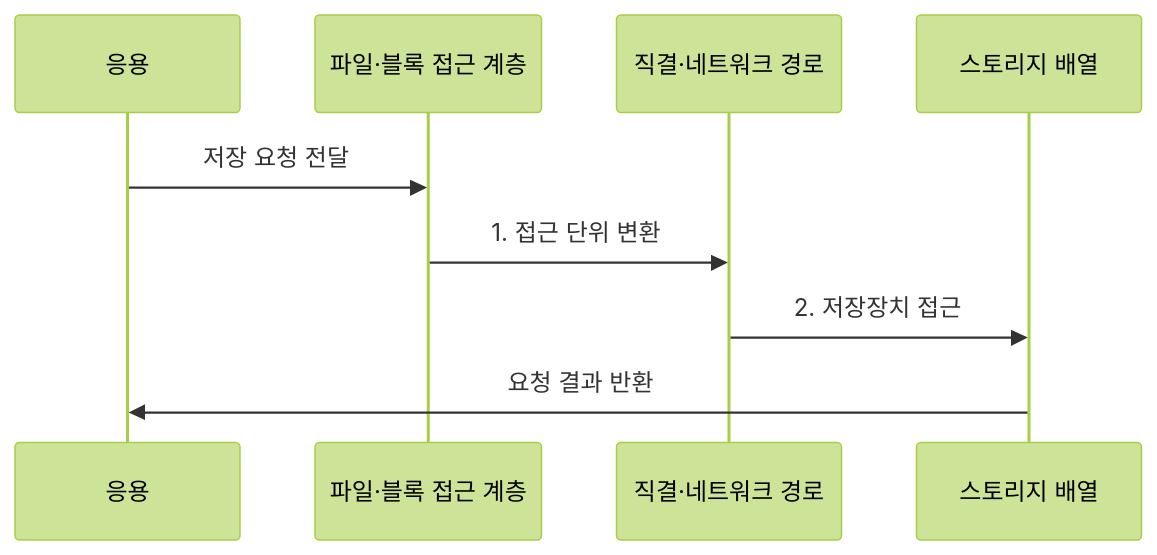
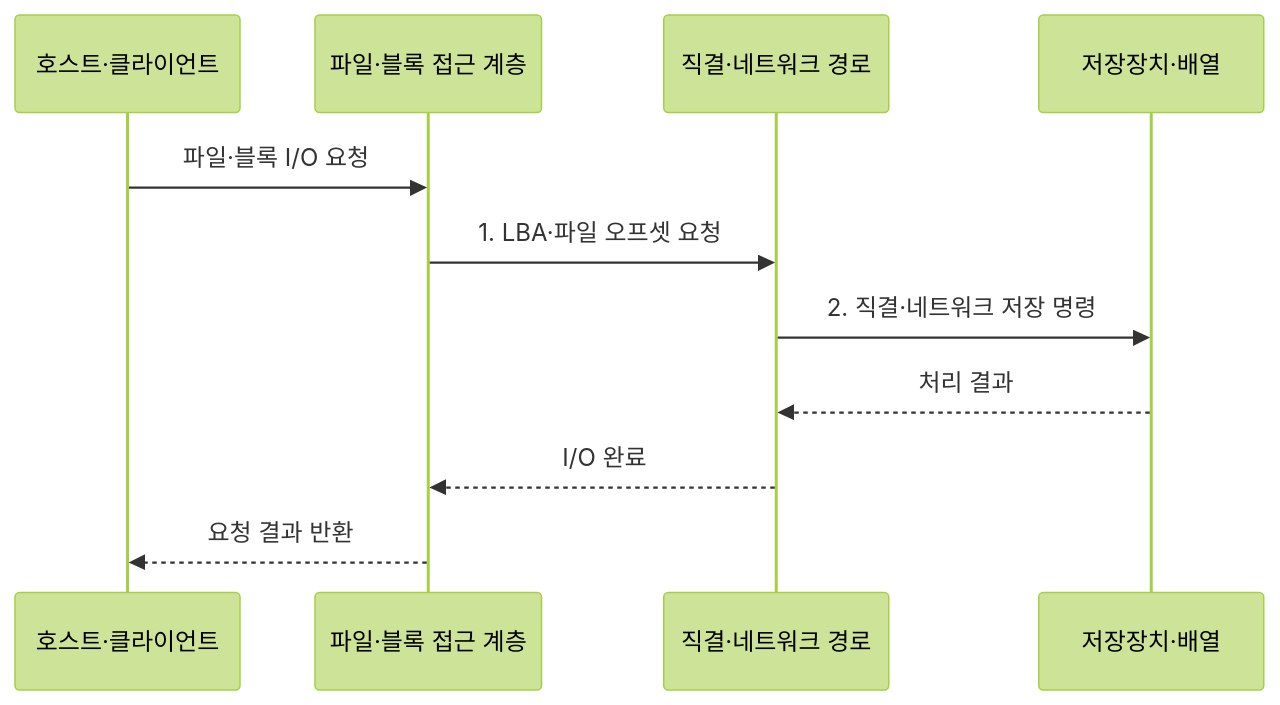
Before and after one commit to agnusdei1207/knowledge-base: the second of 2 diagrams in src/content/docs/notes/02-hardware/080_storage_das_nas_san.md, drawn with Mermaid (forest theme). The commit also changed other lines of this file and 20 other files, not shown here.

````diff
--- a/src/content/docs/notes/02-hardware/080_storage_das_nas_san.md
+++ b/src/content/docs/notes/02-hardware/080_storage_das_nas_san.md
@@ -97,12 +95,14 @@
 ```mermaid
 sequenceDiagram
-    participant A as 응용
+    participant A as 호스트·클라이언트
     participant F as 파일·블록 접근 계층
     participant P as 직결·네트워크 경로
-    participant S as 스토리지 배열
+    participant S as 저장장치·배열
 
-    A->>F: 저장 요청 전달
-    F->>P: 1. 접근 단위 변환
-    P->>S: 2. 저장장치 접근
-    S->>A: 요청 결과 반환
+    A->>F: 파일·블록 I/O 요청
+    F->>P: 1. LBA·파일 오프셋 요청
+    P->>S: 2. 직결·네트워크 저장 명령
+    S-->>P: 처리 결과
+    P-->>F: I/O 완료
+    F-->>A: 요청 결과 반환
 ```
````
